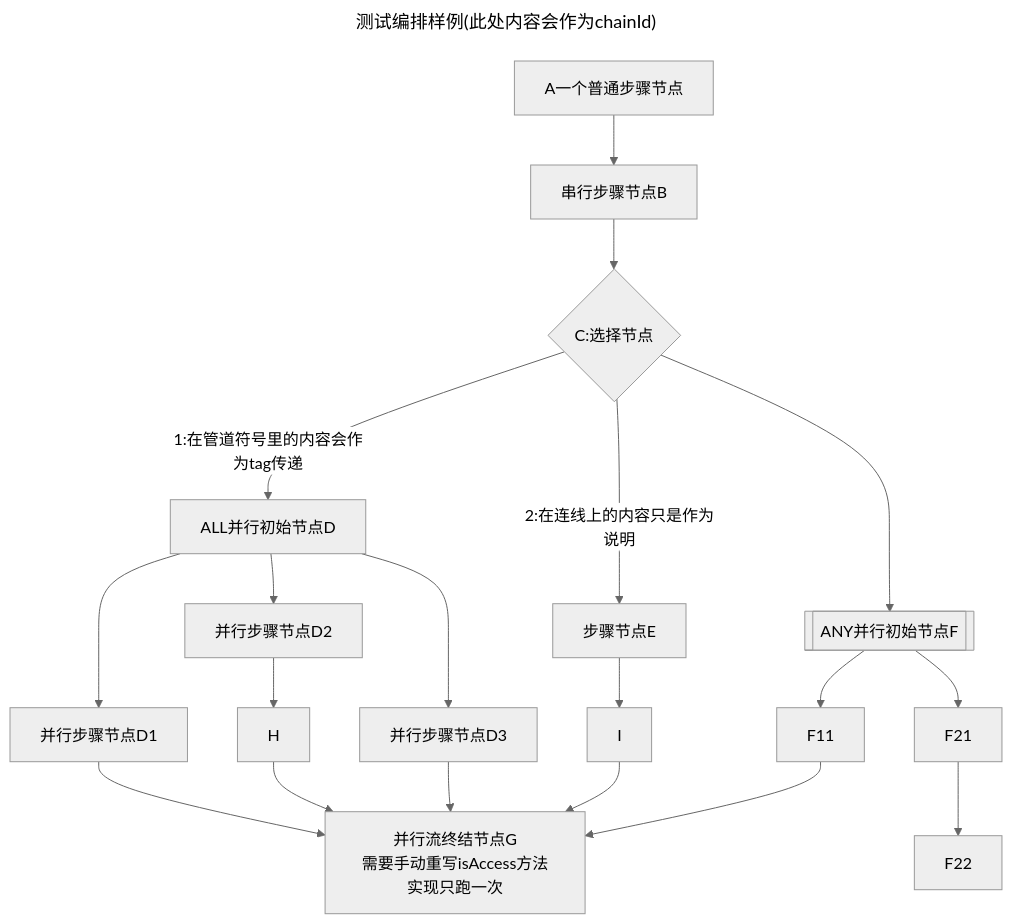
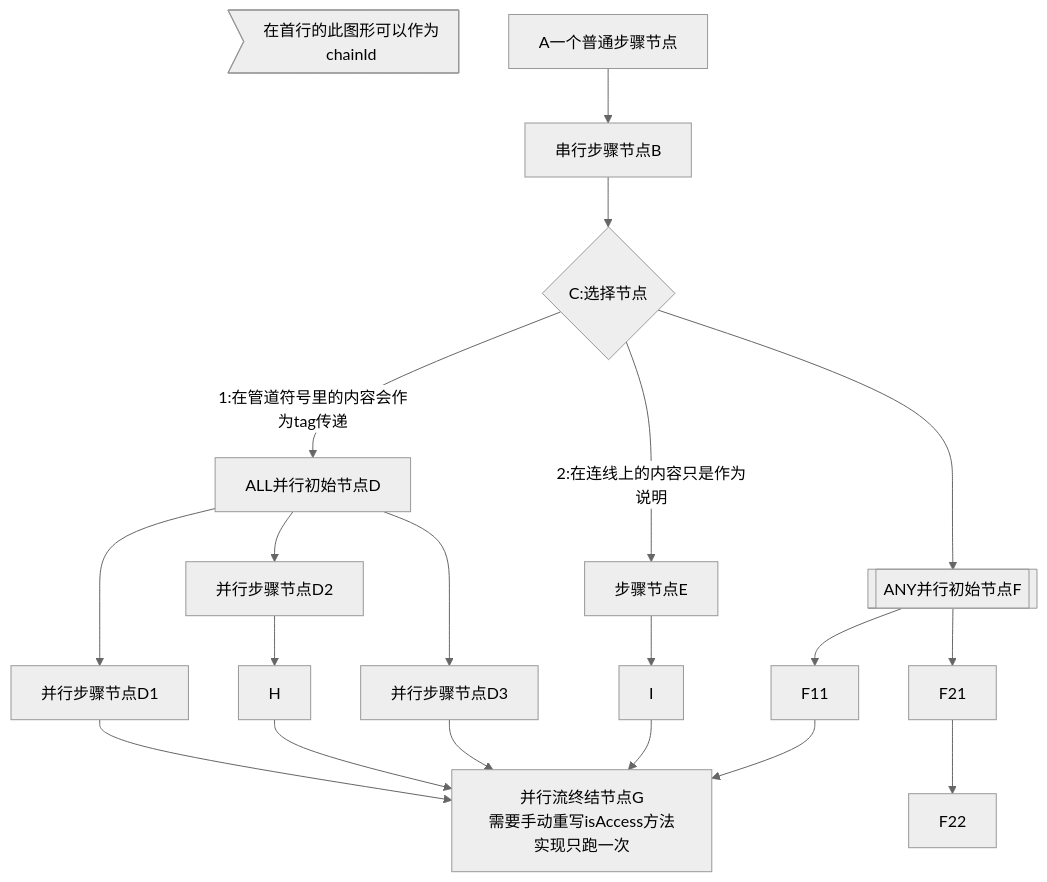
Before and after one commit to NeoGitCrt1/liteflow: the diagram in liteflow-rule-plugin/liteflow-rule-markdown/README.md, drawn with Mermaid (neutral theme). The commit also changed other lines of this file and 7 other files, not shown here.

````diff
--- a/liteflow-rule-plugin/liteflow-rule-markdown/README.md
+++ b/liteflow-rule-plugin/liteflow-rule-markdown/README.md
@@ -1,14 +1,12 @@
 ```mermaid
---- 
-title: 测试编排样例(此处内容会作为chainId)
----
 flowchart TD;
+chainId>在首行的此图形可以作为chainId]
 A[A一个普通步骤节点] --> B[串行步骤节点B] --> C{C:选择节点}
 C --> |1:在管道符号里的内容会作为tag传递| D["ALL并行初始节点D"] --> D1[并行步骤节点D1] --> G
 D --> D2[并行步骤节点D2] -->  H --> G
 D --> D3[并行步骤节点D3] --> G 
 C --2:在连线上的内容只是作为说明--> E[步骤节点E] --> I --> G[并行流终结节点G<br>需要手动重写isAccess方法实现只跑一次]
 C --> F[["ANY并行初始节点F"]] --> F11 --> G
-F --> F21 --> F22 
+F --> F21 --> F22
 
 ```
````
